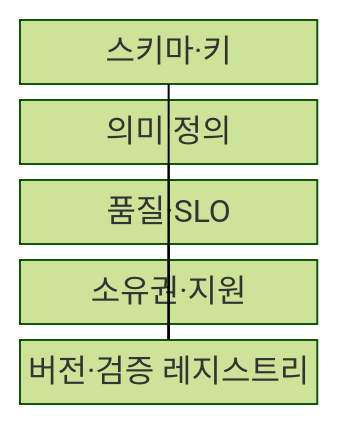
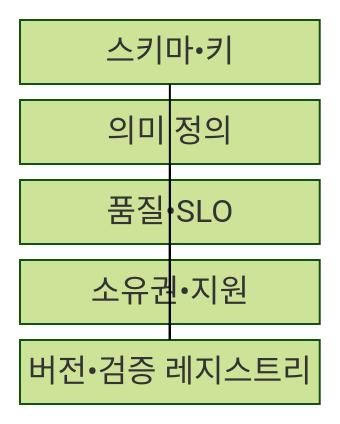
The first of 2 diagrams in src/content/docs/notes/03-software/140_data_contract.md (agnusdei1207/knowledge-base), drawn with Mermaid (forest theme) before and after one commit. The commit also changed other lines of this file and 953 other files, not shown here.

````diff
--- a/src/content/docs/notes/03-software/140_data_contract.md
+++ b/src/content/docs/notes/03-software/140_data_contract.md
@@ -69,13 +69,13 @@
 ```mermaid
 block
     columns 1
-    A["스키마·키"]
+    A["스키마•키"]
     B["의미 정의"]
-    C["품질·SLO"]
-    D["소유권·지원"]
-    E["버전·검증 레지스트리"]
+    C["품질•SLO"]
+    D["소유권•지원"]
+    E["버전•검증 레지스트리"]
     A --- E
     B --- E
     C --- E
     D --- E
 ```
````
